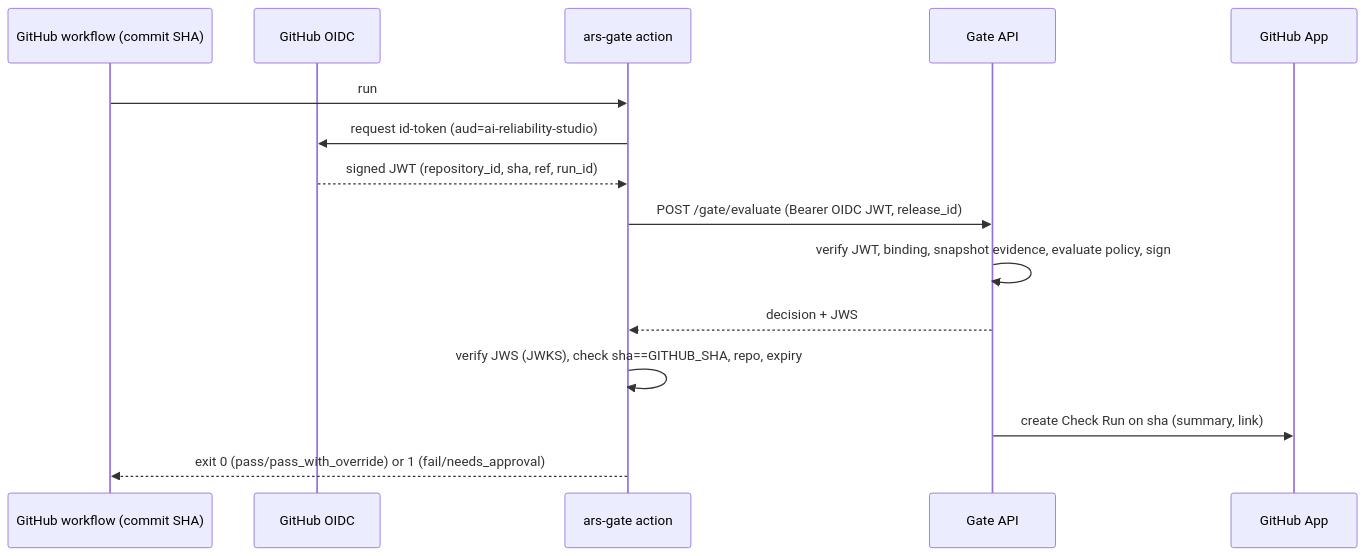
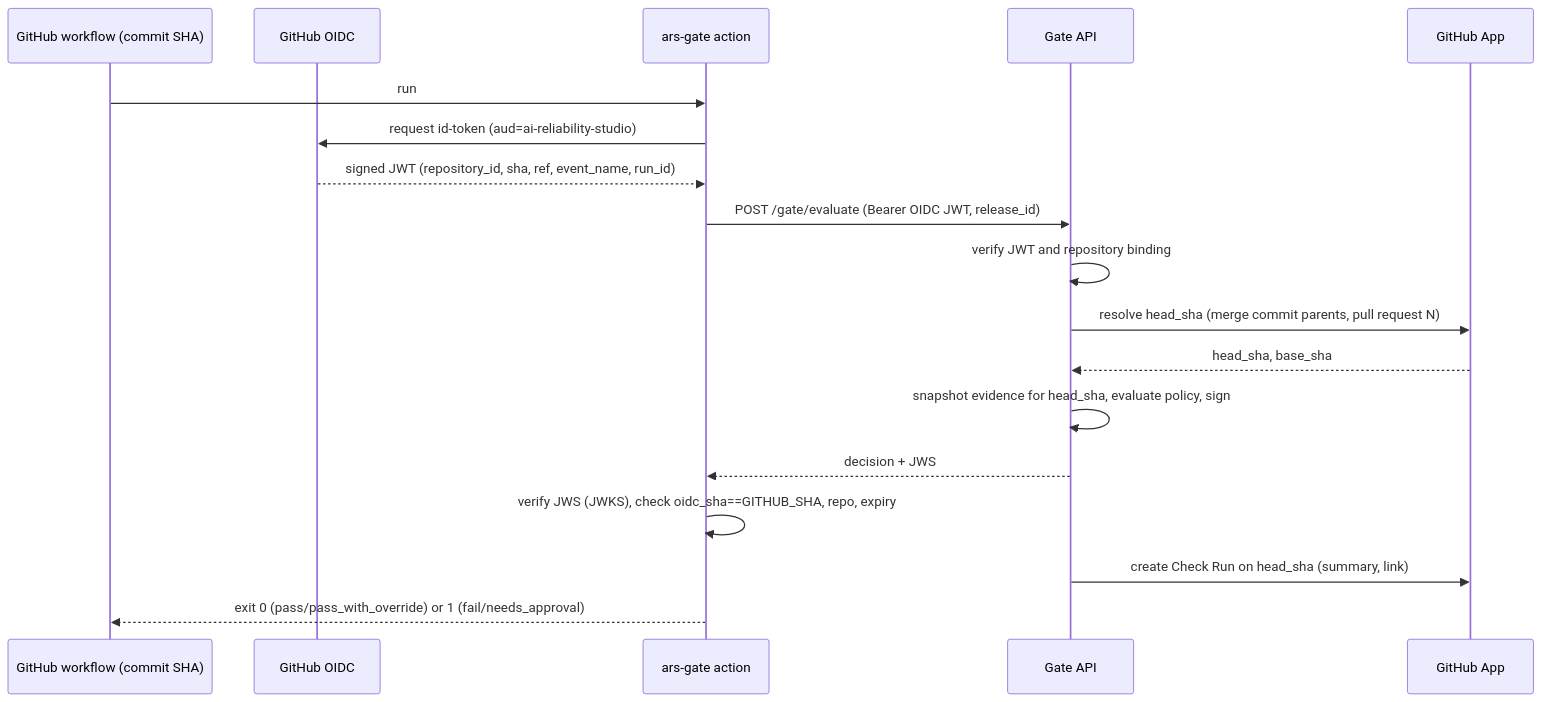
One commit to amandavictoriacouto/ai-reliability-studio changed the diagram in docs/architecture/release-gate-binding.md. Above: the diagram before and after it, drawn with Mermaid. The commit also changed other lines of this file, not shown here.

First line of the commit message:
docs(architecture): bind gate decisions to the pull request head commit

````diff
--- a/docs/architecture/release-gate-binding.md
+++ b/docs/architecture/release-gate-binding.md
@@ -83,17 +99,20 @@
 ```mermaid
 sequenceDiagram
   participant WF as GitHub workflow (commit SHA)
   participant GH as GitHub OIDC
   participant ACT as ars-gate action
   participant API as Gate API
   participant APP as GitHub App
   WF->>ACT: run
   ACT->>GH: request id-token (aud=ai-reliability-studio)
-  GH-->>ACT: signed JWT (repository_id, sha, ref, run_id)
+  GH-->>ACT: signed JWT (repository_id, sha, ref, event_name, run_id)
   ACT->>API: POST /gate/evaluate (Bearer OIDC JWT, release_id)
-  API->>API: verify JWT, binding, snapshot evidence, evaluate policy, sign
+  API->>API: verify JWT and repository binding
+  API->>APP: resolve head_sha (merge commit parents, pull request N)
+  APP-->>API: head_sha, base_sha
+  API->>API: snapshot evidence for head_sha, evaluate policy, sign
   API-->>ACT: decision + JWS
-  ACT->>ACT: verify JWS (JWKS), check sha==GITHUB_SHA, repo, expiry
-  API->>APP: create Check Run on sha (summary, link)
+  ACT->>ACT: verify JWS (JWKS), check oidc_sha==GITHUB_SHA, repo, expiry
+  API->>APP: create Check Run on head_sha (summary, link)
   ACT-->>WF: exit 0 (pass/pass_with_override) or 1 (fail/needs_approval)
 ```
````
